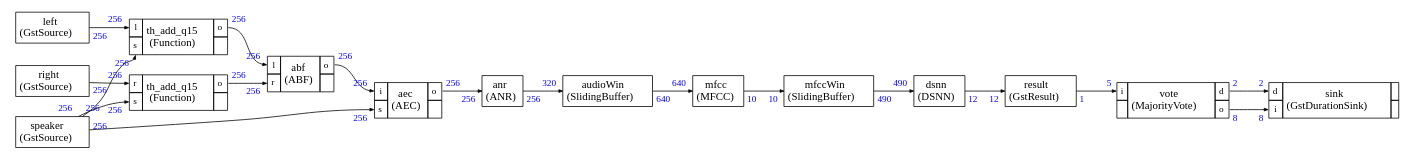
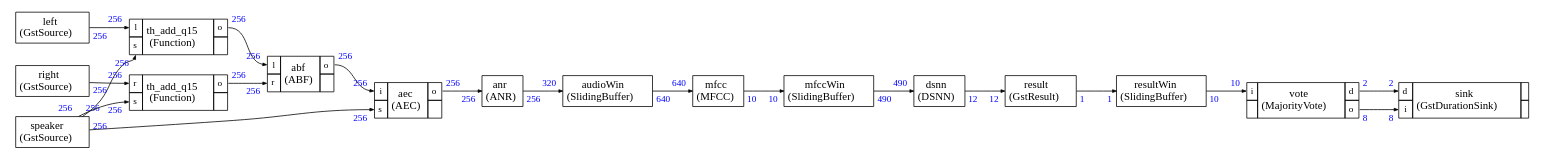
Before and after one commit to christophe0606/audiomark: the diagram in src/cmsis_stream/pre_schedule_audiomark.dot, drawn with Graphviz. The commit also changed 4 other files, not shown here.

Commit message:
Improved majority vote with sliding buffer

```diff
--- a/src/cmsis_stream/pre_schedule_audiomark.dot
+++ b/src/cmsis_stream/pre_schedule_audiomark.dot
@@ -137,6 +137,13 @@
   </TR>
 </TABLE>>];
 
+resultWin [label=<
+<TABLE color="black" bgcolor="none" BORDER="0" CELLBORDER="1" CELLSPACING="0" CELLPADDING="4">
+  <TR>
+    <TD ALIGN="CENTER" PORT="i"><FONT COLOR="black" POINT-SIZE="14.0">resultWin<BR/>(SlidingBuffer)</FONT></TD>
+  </TR>
+</TABLE>>];
+
 
 vote [label=<
 <TABLE color="black" bgcolor="none" BORDER="0" CELLBORDER="1" CELLSPACING="0" CELLPADDING="4">
@@ -255,10 +262,16 @@
 ,taillabel=<<TABLE BORDER="0" CELLPADDING="2"><TR><TD><FONT COLOR="blue" POINT-SIZE="12.0" >12</FONT>
 </TD></TR></TABLE>>]
 
-result:i -> vote:i [style="solid",color="black",label=""
-,headlabel=<<TABLE BORDER="0" CELLPADDING="2"><TR><TD><FONT COLOR="blue" POINT-SIZE="12.0" >5</FONT>
+result:i -> resultWin:i [style="solid",color="black",label=""
+,headlabel=<<TABLE BORDER="0" CELLPADDING="2"><TR><TD><FONT COLOR="blue" POINT-SIZE="12.0" >1</FONT>
 </TD></TR></TABLE>>
 ,taillabel=<<TABLE BORDER="0" CELLPADDING="2"><TR><TD><FONT COLOR="blue" POINT-SIZE="12.0" >1</FONT>
+</TD></TR></TABLE>>]
+
+resultWin:i -> vote:i [style="solid",color="black",label=""
+,headlabel=<<TABLE BORDER="0" CELLPADDING="2"><TR><TD><FONT COLOR="blue" POINT-SIZE="12.0" >10</FONT>
+</TD></TR></TABLE>>
+,taillabel=<<TABLE BORDER="0" CELLPADDING="2"><TR><TD><FONT COLOR="blue" POINT-SIZE="12.0" >10</FONT>
 </TD></TR></TABLE>>]
 
 vote:o -> sink:i [style="solid",color="black",label=""
```
